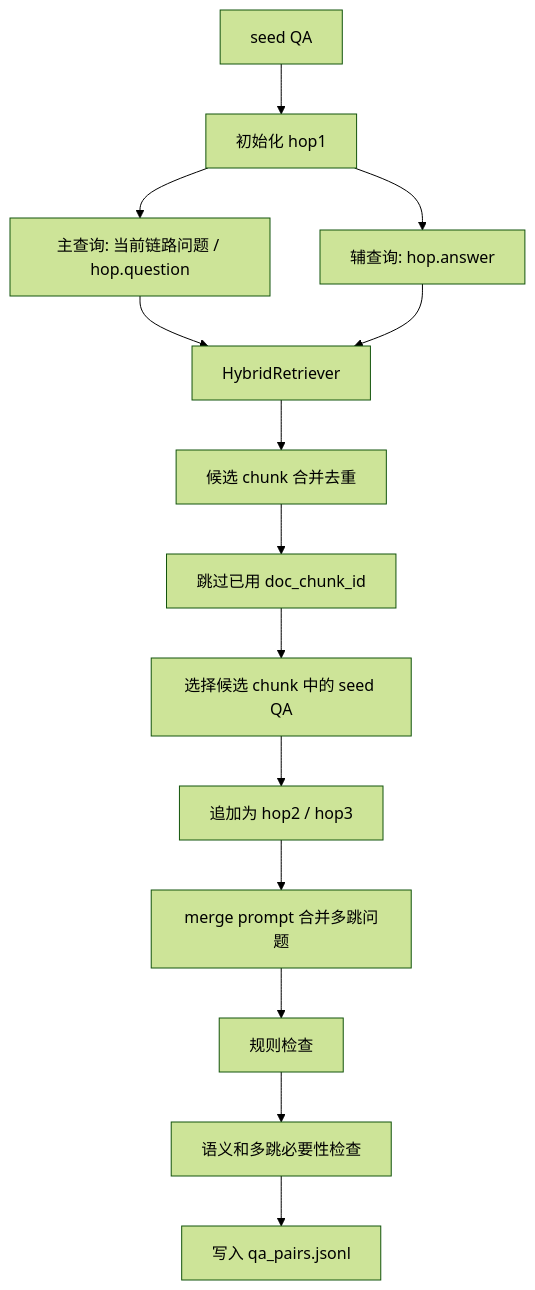
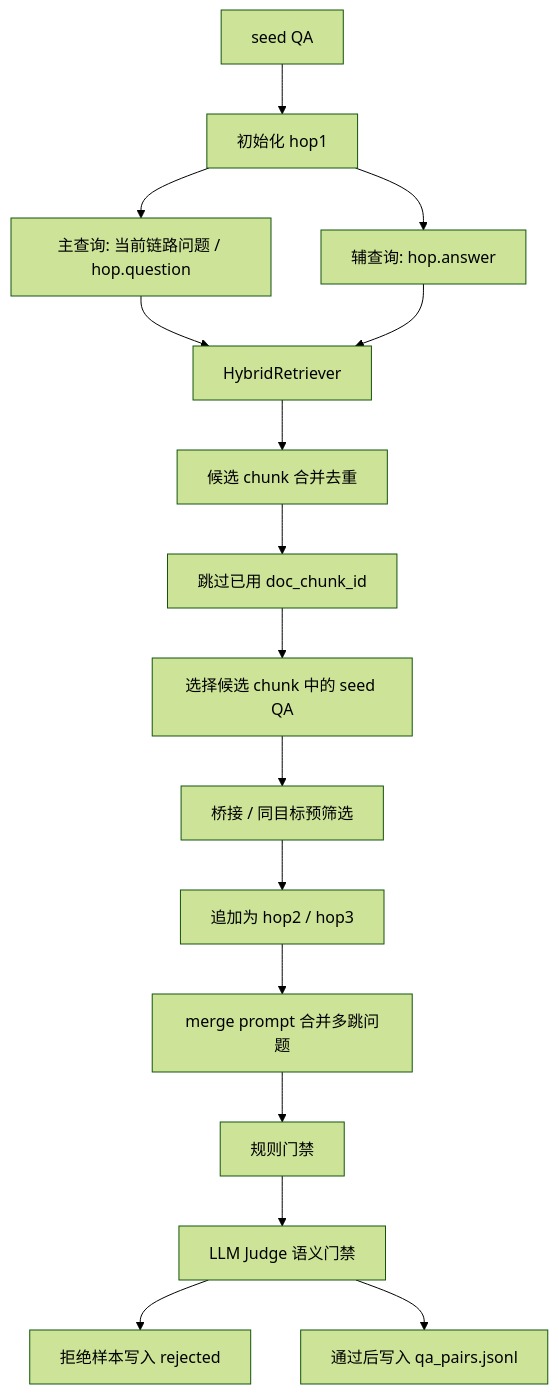
The sixth of 16 diagrams in demo/README.md (Lafinger/AgenticRAG-RL), drawn with Mermaid (forest theme) before and after one commit. The commit also changed other lines of this file and 11 other files, not shown here.

````diff
--- a/demo/README.md
+++ b/demo/README.md
@@ -733,16 +736,18 @@
 ```mermaid
 flowchart TD
     A["seed QA"] --> B["初始化 hop1"]
     B --> C["主查询: 当前链路问题 / hop.question"]
     B --> D["辅查询: hop.answer"]
     C --> E["HybridRetriever"]
     D --> E
     E --> F["候选 chunk 合并去重"]
     F --> G["跳过已用 doc_chunk_id"]
     G --> H["选择候选 chunk 中的 seed QA"]
-    H --> I["追加为 hop2 / hop3"]
-    I --> J["merge prompt 合并多跳问题"]
-    J --> K["规则检查"]
-    K --> L["语义和多跳必要性检查"]
-    L --> M["写入 qa_pairs.jsonl"]
+    H --> I["桥接 / 同目标预筛选"]
+    I --> J["追加为 hop2 / hop3"]
+    J --> K["merge prompt 合并多跳问题"]
+    K --> L["规则门禁"]
+    L --> N["LLM Judge 语义门禁"]
+    N --> O["拒绝样本写入 rejected"]
+    N --> M["通过后写入 qa_pairs.jsonl"]
 ```
````
